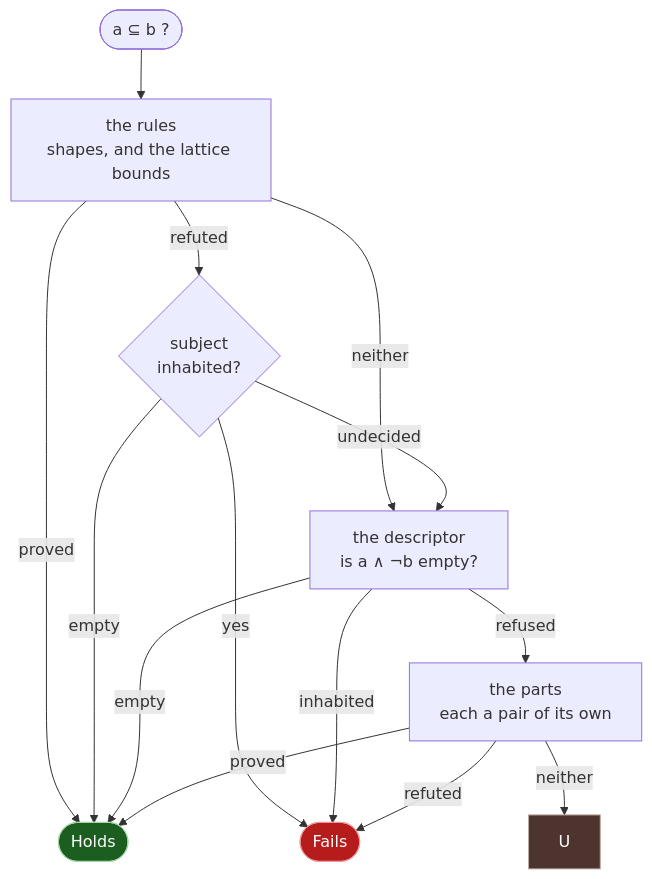
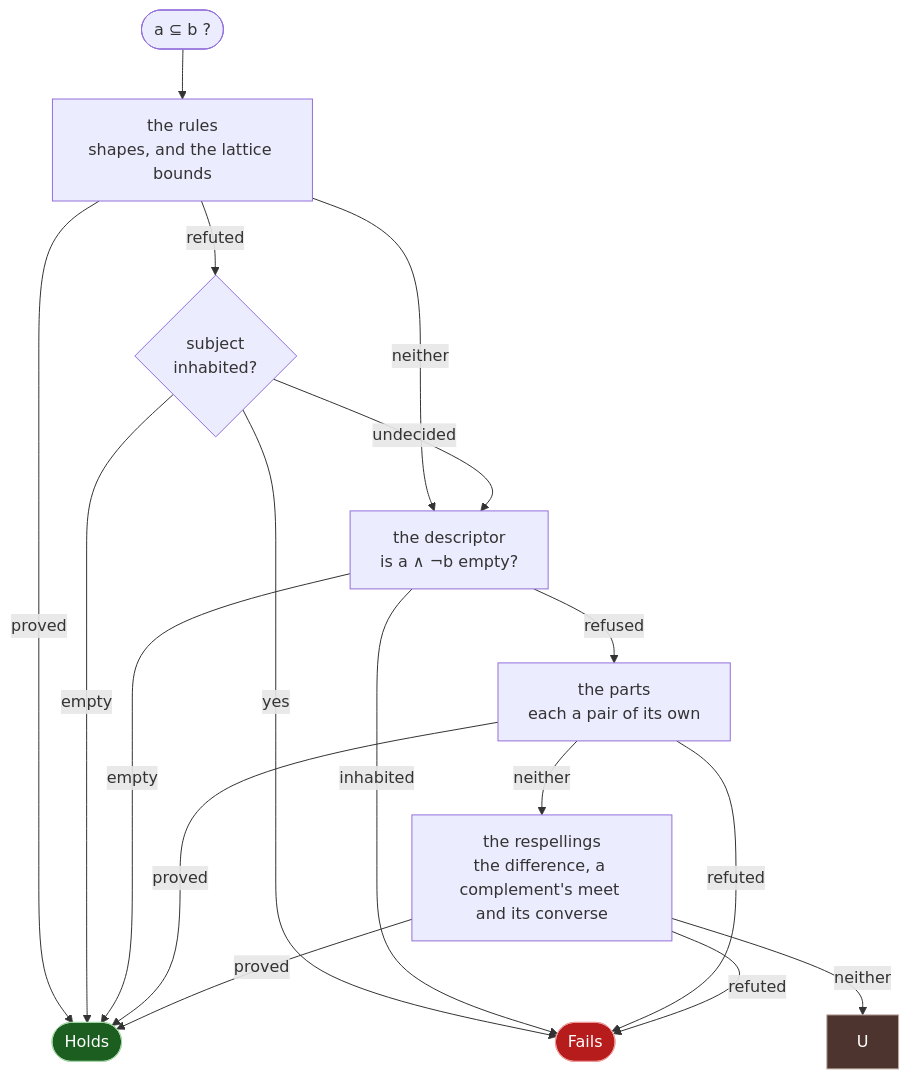
The diagram in docs/dev/02-decision.md (ppigazzini/valgebra), drawn with Mermaid before and after one commit. The commit also changed other lines of this file and 11 other files, not shown here.

````diff
--- a/docs/dev/02-decision.md
+++ b/docs/dev/02-decision.md
@@ -49,23 +49,26 @@
 ```mermaid
 flowchart TD
     Q(["a ⊆ b ?"]) --> RULES["the rules<br/>shapes, and the lattice bounds"]
     RULES -->|refuted| W{"subject<br/>inhabited?"}
     RULES -->|neither| DESC["the descriptor<br/>is a ∧ ¬b empty?"]
     RULES -->|proved| H([Holds])
     W -->|empty| H
     W -->|yes| F([Fails])
     W -->|undecided| DESC
     DESC -->|empty| H
     DESC -->|inhabited| F
     DESC -->|refused| P["the parts<br/>each a pair of its own"]
     P -->|proved| H
     P -->|refuted| F
-    P -->|neither| U
+    P -->|neither| R["the respellings<br/>the difference, a complement's meet and its converse"]
+    R -->|proved| H
+    R -->|refuted| F
+    R -->|neither| U
 
     classDef proof fill:#1b5e20,stroke:#a5d6a7,color:#ffffff
     classDef refute fill:#b71c1c,stroke:#ef9a9a,color:#ffffff
     classDef decline fill:#4e342e,stroke:#bcaaa4,color:#ffffff
     class H proof
     class F refute
     class U decline
 ```
````
